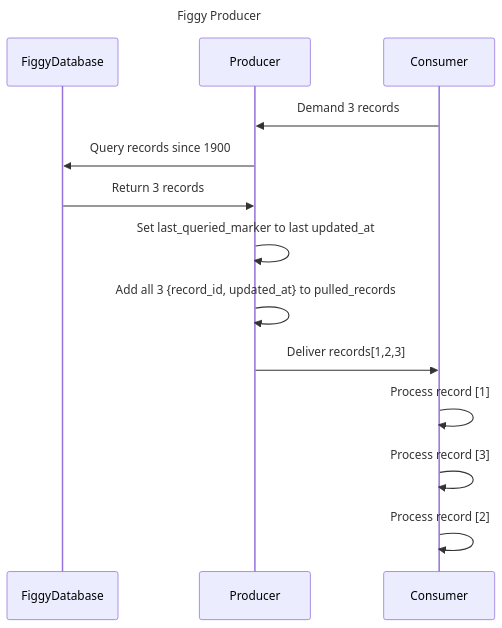
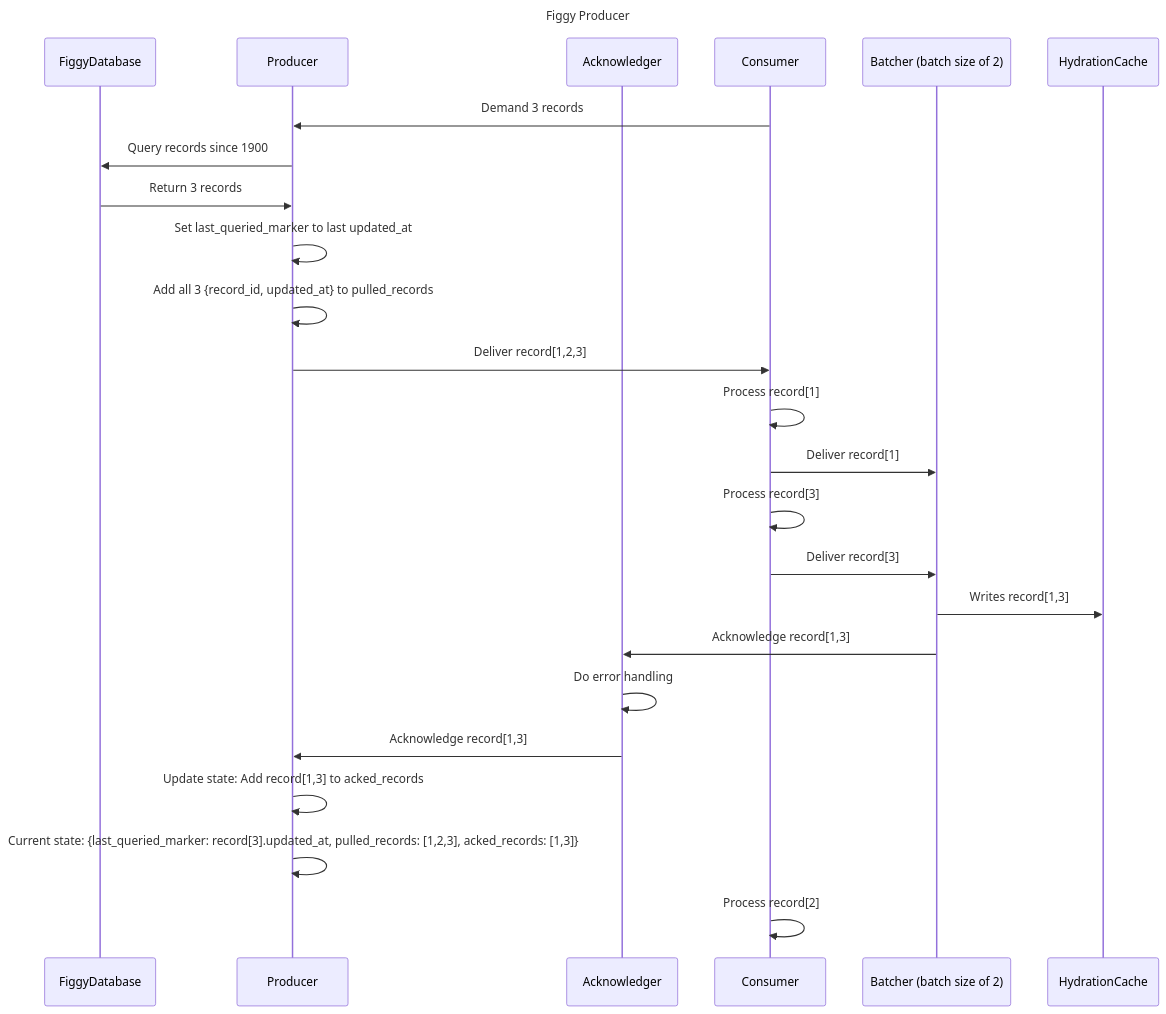
One commit to pulibrary/dpul-collections changed the diagram in docs/indexing_pipeline/producer.md. Above: the diagram before and after it, drawn with Mermaid.

Commit message:
WIP: mermaid diagram of figgy producer Co-authored-by: Amin Zare <AminEdZare@users.noreply.github.com> Co-authored-by: Anna Headley <hackartisan@users.noreply.github.com> Co-authored-by: Eliot Jordan <eliotjordan@users.noreply.github.com> Co-authored-by: Shaun Ellis <sdellis@users.noreply.github.com>

````diff
--- a/docs/indexing_pipeline/producer.md
+++ b/docs/indexing_pipeline/producer.md
@@ -1,16 +1,27 @@
 ```mermaid
 sequenceDiagram title Figgy Producer
 Participant FiggyDatabase
 Participant Producer
+Participant Acknowledger
 Participant Consumer
+Participant Batcher as Batcher (batch size of 2)
+Participant HydrationCache
 
 Consumer->>Producer: Demand 3 records
 Producer->>FiggyDatabase: Query records since 1900
 FiggyDatabase->>Producer: Return 3 records
 Producer->>Producer: Set last_queried_marker to last updated_at
 Producer->>Producer: Add all 3 {record_id, updated_at} to pulled_records
-Producer->>Consumer: Deliver records[1,2,3]
-Consumer->>Consumer: Process record [1]
-Consumer->>Consumer: Process record [3]
-Consumer->>Consumer: Process record [2]
+Producer->>Consumer: Deliver record[1,2,3]
+Consumer->>Consumer: Process record[1]
+Consumer->>Batcher: Deliver record[1]
+Consumer->>Consumer: Process record[3]
+Consumer->>Batcher: Deliver record[3]
+Batcher->>HydrationCache: Writes record[1,3]
+Batcher->>Acknowledger: Acknowledge record[1,3]
+Acknowledger->>Acknowledger: Do error handling
+Acknowledger->>Producer: Acknowledge record[1,3]
+Producer->>Producer: Update state: Add record[1,3] to acked_records
+Producer->>Producer: Current state: {last_queried_marker: record[3].updated_at, pulled_records: [1,2,3], acked_records: [1,3]}
+Consumer->>Consumer: Process record[2]
 ```
````
